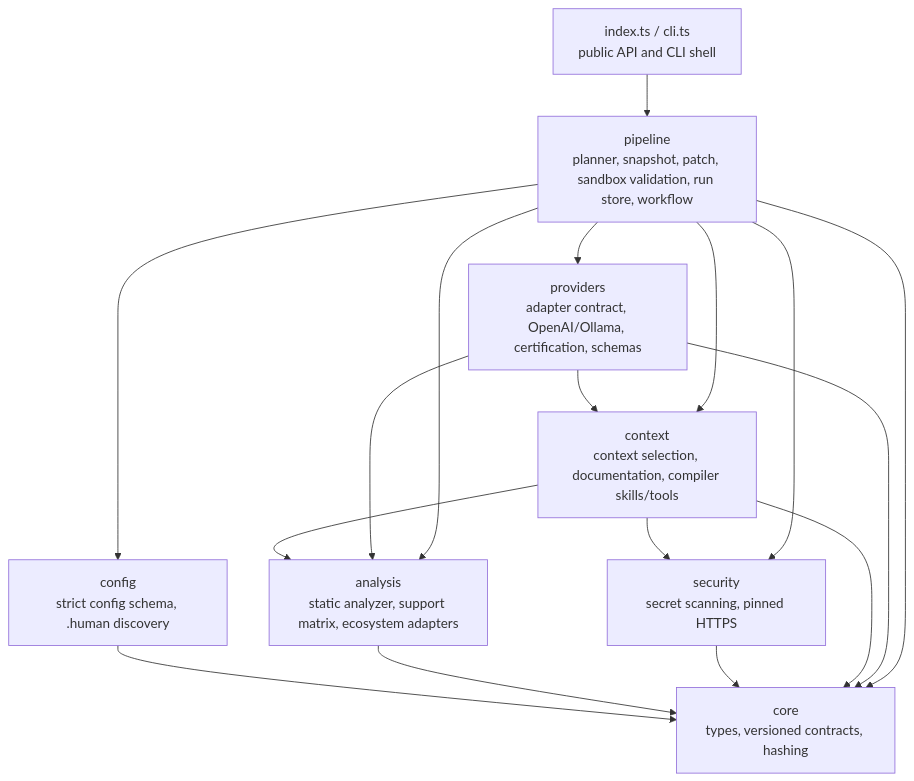
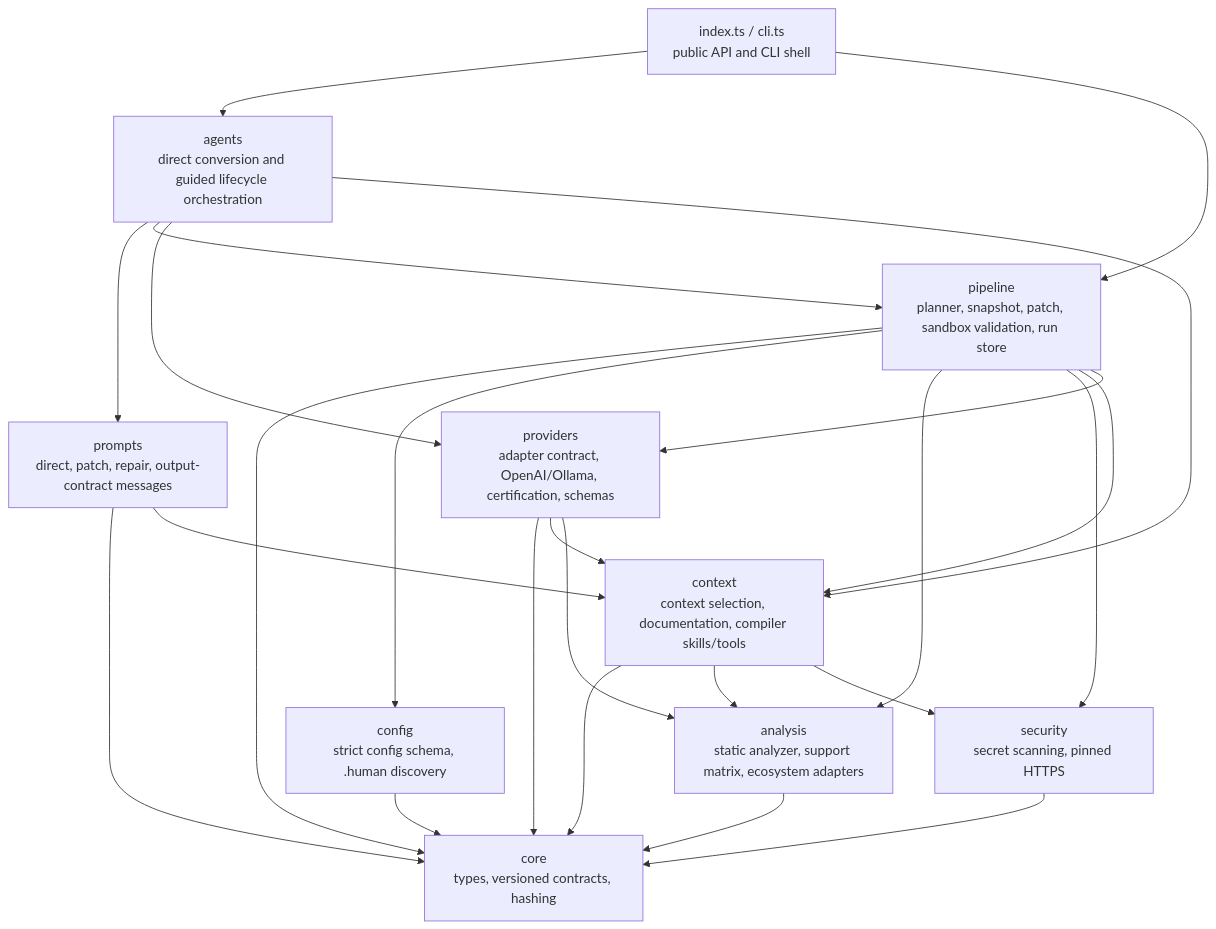
One commit to Sharjeelbaig/Human-To-Code changed the diagram in docs/ARCHITECTURE.md. Above: the diagram before and after it, drawn with Mermaid. The commit also changed other lines of this file and 32 other files, not shown here.

````diff
--- a/docs/ARCHITECTURE.md
+++ b/docs/ARCHITECTURE.md
@@ -42,28 +43,37 @@
 ```mermaid
 graph TD
     core["core<br/>types, versioned contracts, hashing"]
     config["config<br/>strict config schema, .human discovery"]
     analysis["analysis<br/>static analyzer, support matrix, ecosystem adapters"]
     security["security<br/>secret scanning, pinned HTTPS"]
     context["context<br/>context selection, documentation, compiler skills/tools"]
     providers["providers<br/>adapter contract, OpenAI/Ollama, certification, schemas"]
-    pipeline["pipeline<br/>planner, snapshot, patch, sandbox validation, run store, workflow"]
+    prompts["prompts<br/>direct, patch, repair, output-contract messages"]
+    pipeline["pipeline<br/>planner, snapshot, patch, sandbox validation, run store"]
+    agents["agents<br/>direct conversion and guided lifecycle orchestration"]
     entry["index.ts / cli.ts<br/>public API and CLI shell"]
 
     config --> core
     analysis --> core
     security --> core
     context --> core
     context --> analysis
     context --> security
     providers --> core
     providers --> context
     providers --> analysis
+    prompts --> core
+    prompts --> context
     pipeline --> core
     pipeline --> config
     pipeline --> analysis
     pipeline --> security
     pipeline --> context
     pipeline --> providers
+    agents --> prompts
+    agents --> pipeline
+    agents --> providers
+    agents --> context
+    entry --> agents
     entry --> pipeline
 ```
````
